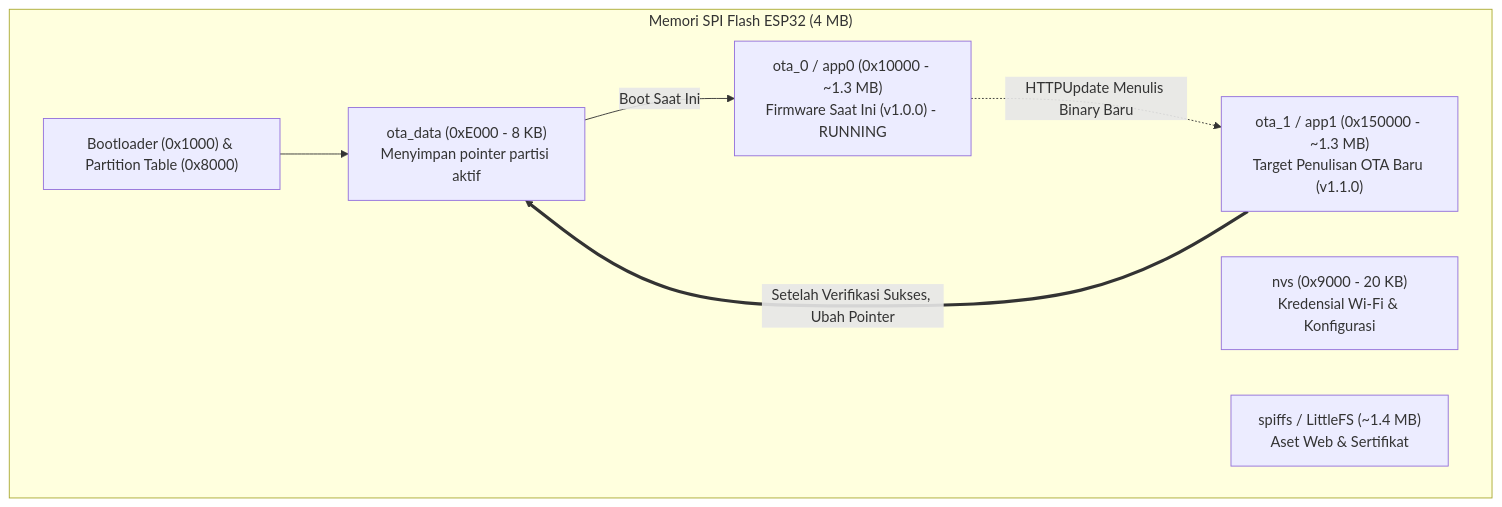
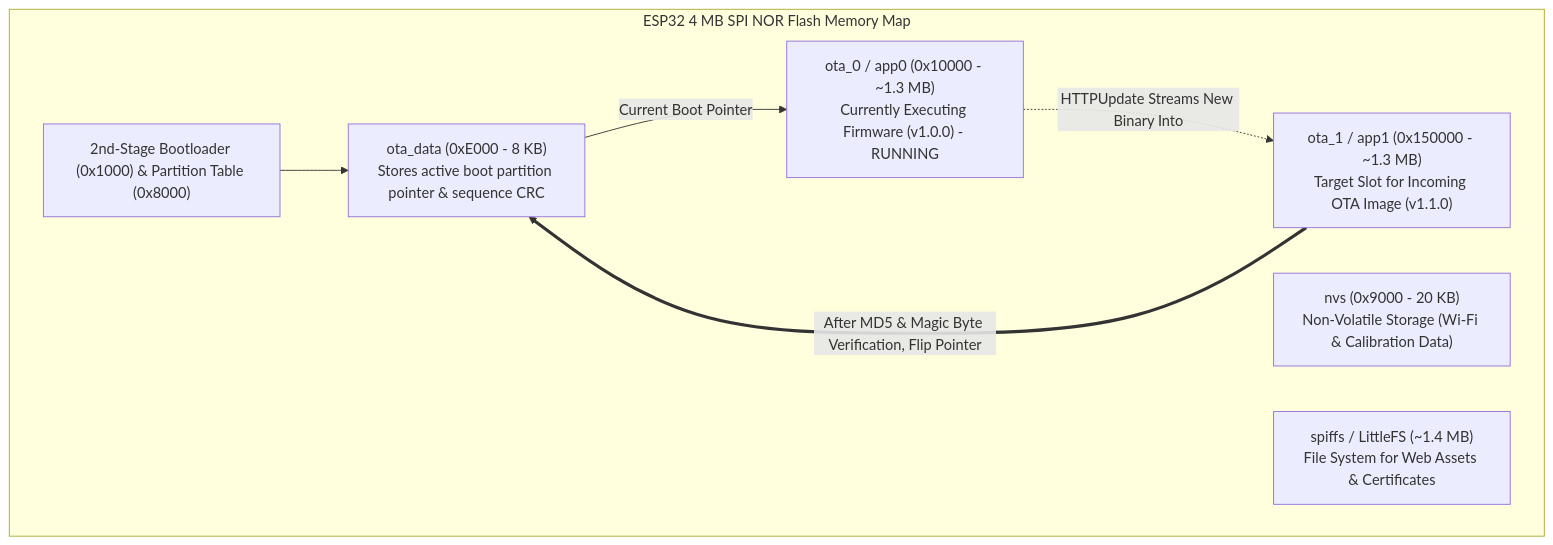
The second of 2 diagrams in 07-ota-firmware-manager/schematics/wiring-guide.md (kenzojulian111/microcontroller-iot-journey), drawn with Mermaid before and after one commit. The commit also changed other lines of this file and 150 other files, not shown here.

````diff
--- a/07-ota-firmware-manager/schematics/wiring-guide.md
+++ b/07-ota-firmware-manager/schematics/wiring-guide.md
@@ -60,16 +60,16 @@
 ```mermaid
 flowchart TD
-    subgraph Flash4MB["Memori SPI Flash ESP32 (4 MB)"]
-        BOOT["Bootloader (0x1000) & Partition Table (0x8000)"]
-        OTADATA["ota_data (0xE000 - 8 KB)\nMenyimpan pointer partisi aktif"]
-        NVS["nvs (0x9000 - 20 KB)\nKredensial Wi-Fi & Konfigurasi"]
-        APP0["ota_0 / app0 (0x10000 - ~1.3 MB)\nFirmware Saat Ini (v1.0.0) - RUNNING"]
-        APP1["ota_1 / app1 (0x150000 - ~1.3 MB)\nTarget Penulisan OTA Baru (v1.1.0)"]
-        SPIFFS["spiffs / LittleFS (~1.4 MB)\nAset Web & Sertifikat"]
+    subgraph Flash4MB["ESP32 4 MB SPI NOR Flash Memory Map"]
+        BOOT["2nd-Stage Bootloader (0x1000) & Partition Table (0x8000)"]
+        OTADATA["ota_data (0xE000 - 8 KB)\nStores active boot partition pointer & sequence CRC"]
+        NVS["nvs (0x9000 - 20 KB)\nNon-Volatile Storage (Wi-Fi & Calibration Data)"]
+        APP0["ota_0 / app0 (0x10000 - ~1.3 MB)\nCurrently Executing Firmware (v1.0.0) - RUNNING"]
+        APP1["ota_1 / app1 (0x150000 - ~1.3 MB)\nTarget Slot for Incoming OTA Image (v1.1.0)"]
+        SPIFFS["spiffs / LittleFS (~1.4 MB)\nFile System for Web Assets & Certificates"]
     end
 
     BOOT --> OTADATA
-    OTADATA -->|Boot Saat Ini| APP0
-    APP0 -.->|HTTPUpdate Menulis Binary Baru| APP1
-    APP1 ==>|Setelah Verifikasi Sukses, Ubah Pointer| OTADATA
+    OTADATA -->|Current Boot Pointer| APP0
+    APP0 -.->|HTTPUpdate Streams New Binary Into| APP1
+    APP1 ==>|After MD5 & Magic Byte Verification, Flip Pointer| OTADATA
 ```
````
